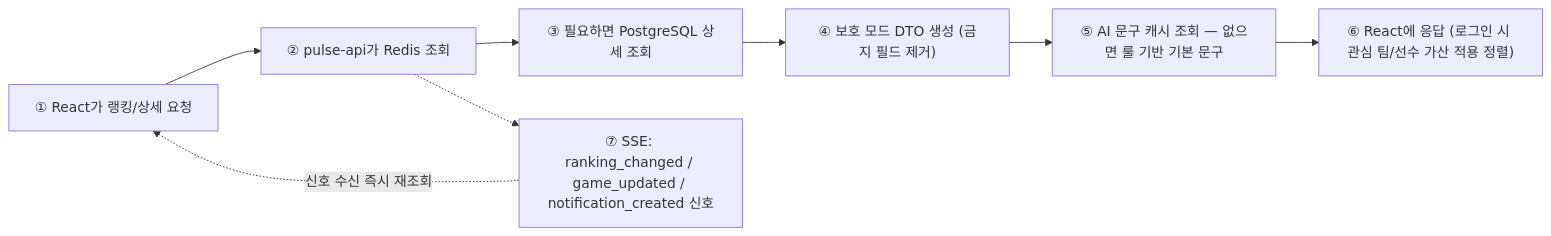
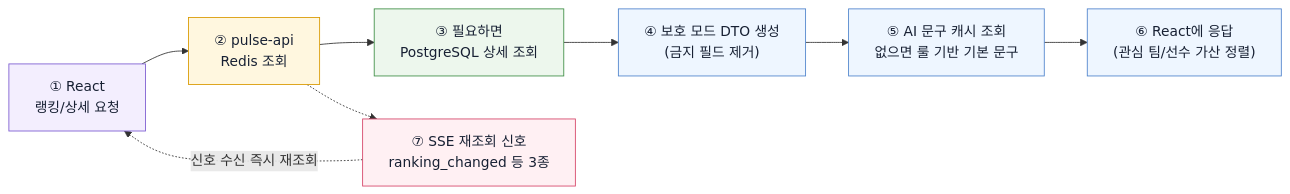
The third of 3 diagrams in docs/design/DATA_PIPELINE.md (team-pulse-mlb/pulse-project), drawn with Mermaid before and after one commit. The commit also changed other lines of this file and 11 other files, not shown here.

````diff
--- a/docs/design/DATA_PIPELINE.md
+++ b/docs/design/DATA_PIPELINE.md
@@ -90,10 +113,22 @@
 ```mermaid
 flowchart LR
-    A["① React가 랭킹/상세 요청"] --> B["② pulse-api가 Redis 조회"]
-    B --> C["③ 필요하면 PostgreSQL 상세 조회"]
-    C --> D["④ 보호 모드 DTO 생성 (금지 필드 제거)"]
-    D --> E["⑤ AI 문구 캐시 조회 — 없으면 룰 기반 기본 문구"]
-    E --> F["⑥ React에 응답 (로그인 시 관심 팀/선수 가산 적용 정렬)"]
-    B -.-> G["⑦ SSE: ranking_changed / game_updated / notification_created 신호"]
+    classDef fe fill:#f3eefe,stroke:#7c5cd1,color:#172033
+    classDef app fill:#eef6ff,stroke:#4f83cc,color:#172033
+    classDef mw fill:#fff7df,stroke:#d99a00,color:#172033
+    classDef store fill:#edf7ed,stroke:#3f8f46,color:#172033
+    classDef signal fill:#fff0f3,stroke:#d64568,color:#172033
+
+    A["① React<br/>랭킹/상세 요청"] --> B["② pulse-api<br/>Redis 조회"]
+    B --> C["③ 필요하면<br/>PostgreSQL 상세 조회"]
+    C --> D["④ 보호 모드 DTO 생성<br/>(금지 필드 제거)"]
+    D --> E["⑤ AI 문구 캐시 조회<br/>없으면 룰 기반 기본 문구"]
+    E --> F["⑥ React에 응답<br/>(관심 팀/선수 가산 정렬)"]
+    B -.-> G["⑦ SSE 재조회 신호<br/>ranking_changed 등 3종"]
     G -.->|"신호 수신 즉시 재조회"| A
+
+    class A fe
+    class B mw
+    class C store
+    class D,E,F app
+    class G signal
 ```
````
